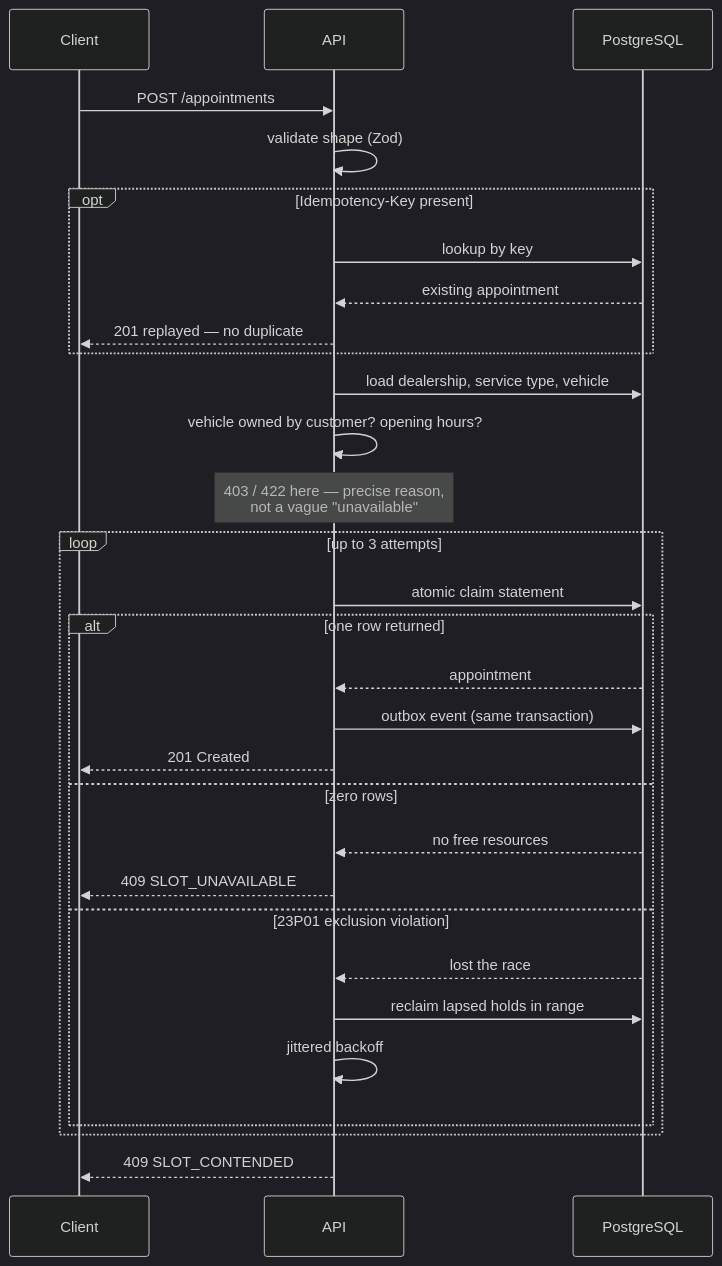
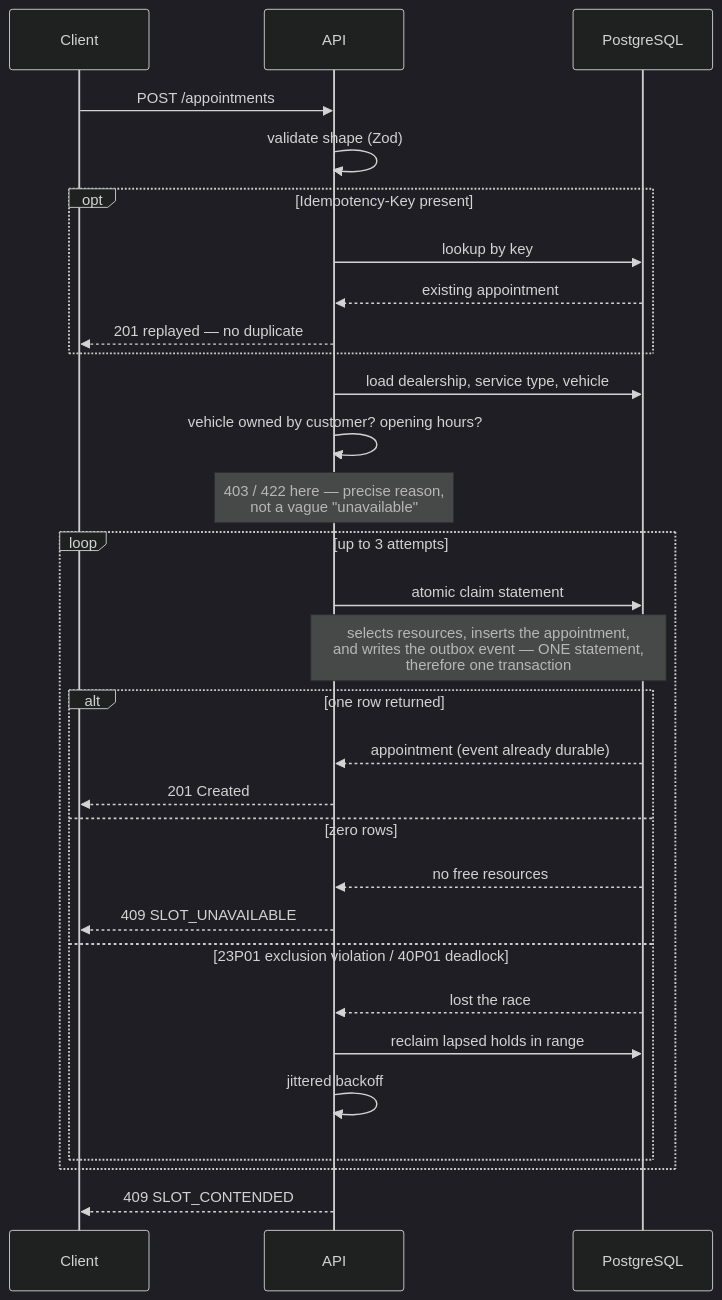
Before and after one commit to quan0401/unified-service-scheduler: the third of 4 diagrams in DESIGN.md, drawn with Mermaid (dark theme). The commit also changed other lines of this file and 18 other files, not shown here.

````diff
--- a/DESIGN.md
+++ b/DESIGN.md
@@ -295,37 +295,37 @@
 ```mermaid
 sequenceDiagram
     participant C as Client
     participant A as API
     participant P as PostgreSQL
 
     C->>A: POST /appointments
     A->>A: validate shape (Zod)
 
     opt Idempotency-Key present
         A->>P: lookup by key
         P-->>A: existing appointment
         A-->>C: 201 replayed — no duplicate
     end
 
     A->>P: load dealership, service type, vehicle
     A->>A: vehicle owned by customer? opening hours?
     Note over A: 403 / 422 here — precise reason,<br/>not a vague "unavailable"
 
     loop up to 3 attempts
         A->>P: atomic claim statement
+        Note over A,P: selects resources, inserts the appointment,<br/>and writes the outbox event — ONE statement,<br/>therefore one transaction
         alt one row returned
-            P-->>A: appointment
-            A->>P: outbox event (same transaction)
+            P-->>A: appointment (event already durable)
             A-->>C: 201 Created
         else zero rows
             P-->>A: no free resources
             A-->>C: 409 SLOT_UNAVAILABLE
-        else 23P01 exclusion violation
+        else 23P01 exclusion violation / 40P01 deadlock
             P-->>A: lost the race
             A->>P: reclaim lapsed holds in range
             A->>A: jittered backoff
         end
     end
 
     A-->>C: 409 SLOT_CONTENDED
 ```
````
